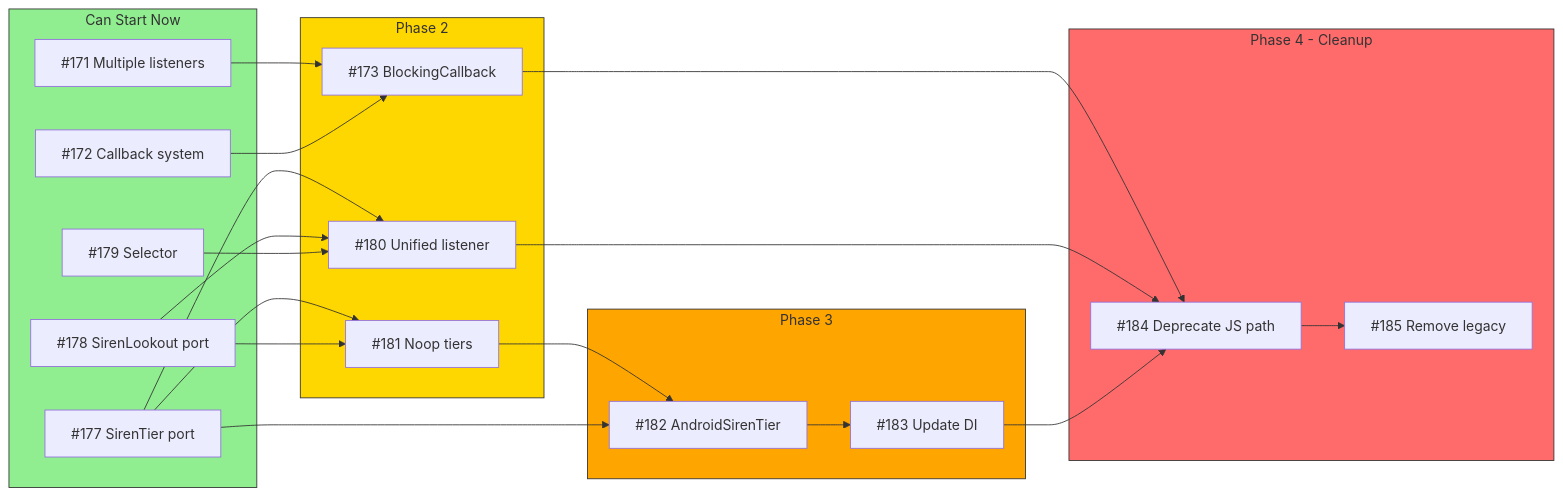
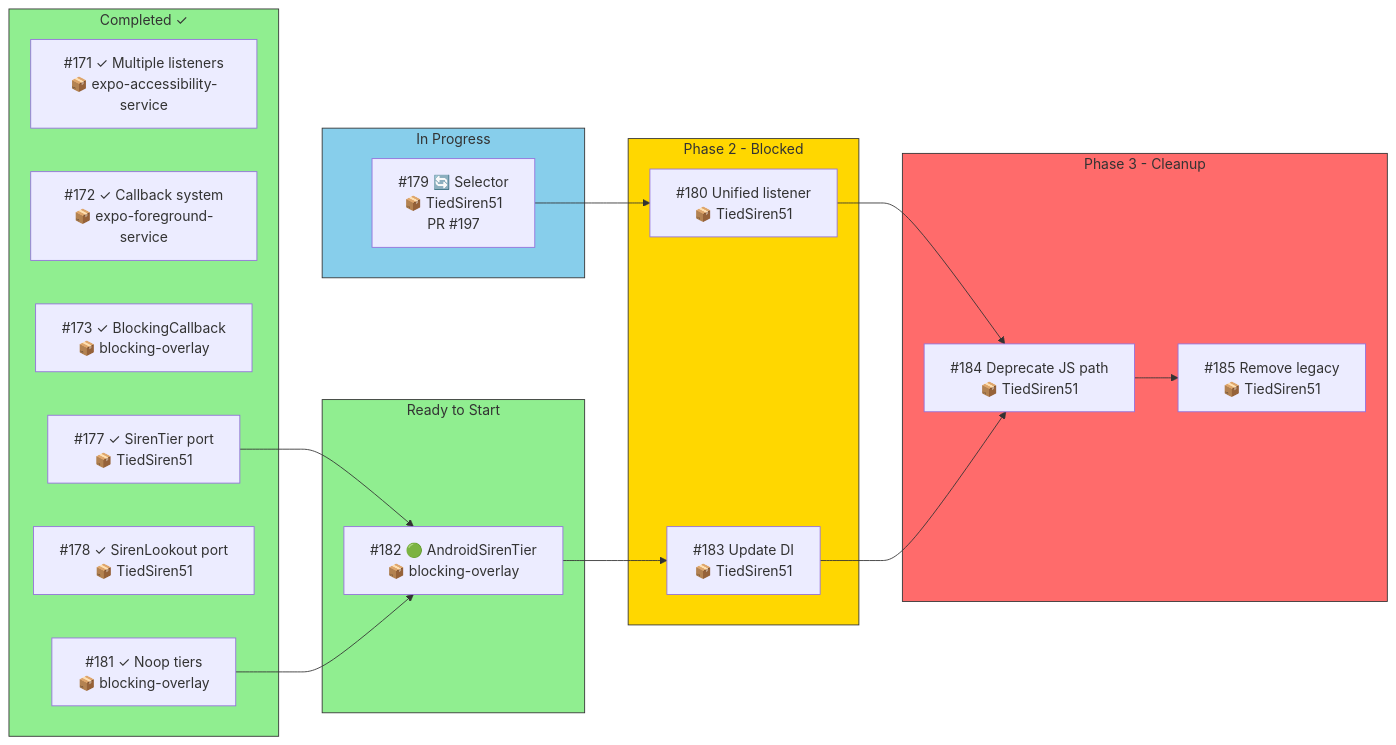
The fourth of 6 diagrams in docs/dependency-graph.md (amehmeto/TiedSiren51), drawn with Mermaid before and after one commit. The commit also changed other lines of this file, not shown here.

First line of the commit message:
docs: update dependency graph with repository info and progress

````diff
--- a/docs/dependency-graph.md
+++ b/docs/dependency-graph.md
@@ -117,48 +117,43 @@
 ```mermaid
 flowchart LR
-    subgraph PARALLEL["Can Start Now"]
-        I171["#171 Multiple listeners"]
-        I172["#172 Callback system"]
-        I177["#177 SirenTier port"]
-        I178["#178 SirenLookout port"]
-        I179["#179 Selector"]
+    subgraph DONE["Completed ✓"]
+        I171["#171 ✓ Multiple listeners<br/>📦 expo-accessibility-service"]
+        I172["#172 ✓ Callback system<br/>📦 expo-foreground-service"]
+        I173["#173 ✓ BlockingCallback<br/>📦 blocking-overlay"]
+        I177["#177 ✓ SirenTier port<br/>📦 TiedSiren51"]
+        I178["#178 ✓ SirenLookout port<br/>📦 TiedSiren51"]
+        I181["#181 ✓ Noop tiers<br/>📦 blocking-overlay"]
     end
 
-    subgraph PHASE2["Phase 2"]
-        I173["#173 BlockingCallback"]
-        I181["#181 Noop tiers"]
-        I180["#180 Unified listener"]
+    subgraph INPROG["In Progress"]
+        I179["#179 🔄 Selector<br/>📦 TiedSiren51<br/>PR #197"]
     end
 
-    subgraph PHASE3["Phase 3"]
-        I182["#182 AndroidSirenTier"]
-        I183["#183 Update DI"]
+    subgraph READY["Ready to Start"]
+        I182["#182 🟢 AndroidSirenTier<br/>📦 blocking-overlay"]
     end
 
-    subgraph PHASE4["Phase 4 - Cleanup"]
-        I184["#184 Deprecate JS path"]
-        I185["#185 Remove legacy"]
+    subgraph PHASE2["Phase 2 - Blocked"]
+        I180["#180 Unified listener<br/>📦 TiedSiren51"]
+        I183["#183 Update DI<br/>📦 TiedSiren51"]
     end
 
-    I171 --> I173
-    I172 --> I173
-    I177 --> I181
-    I178 --> I181
-    I177 --> I180
-    I178 --> I180
+    subgraph PHASE3["Phase 3 - Cleanup"]
+        I184["#184 Deprecate JS path<br/>📦 TiedSiren51"]
+        I185["#185 Remove legacy<br/>📦 TiedSiren51"]
+    end
+
+    I177 --> I182
+    I181 --> I182
     I179 --> I180
-
-    I181 --> I182
-    I177 --> I182
-    I173 --> I184
+    I182 --> I183
     I180 --> I184
-    I182 --> I183
     I183 --> I184
-
     I184 --> I185
 
-    style PARALLEL fill:#90EE90,stroke:#333
+    style DONE fill:#90EE90,stroke:#333
+    style INPROG fill:#87CEEB,stroke:#333
+    style READY fill:#90EE90,stroke:#333
     style PHASE2 fill:#FFD700,stroke:#333
-    style PHASE3 fill:#FFA500,stroke:#333
-    style PHASE4 fill:#FF6B6B,stroke:#333
+    style PHASE3 fill:#FF6B6B,stroke:#333
 ```
````
